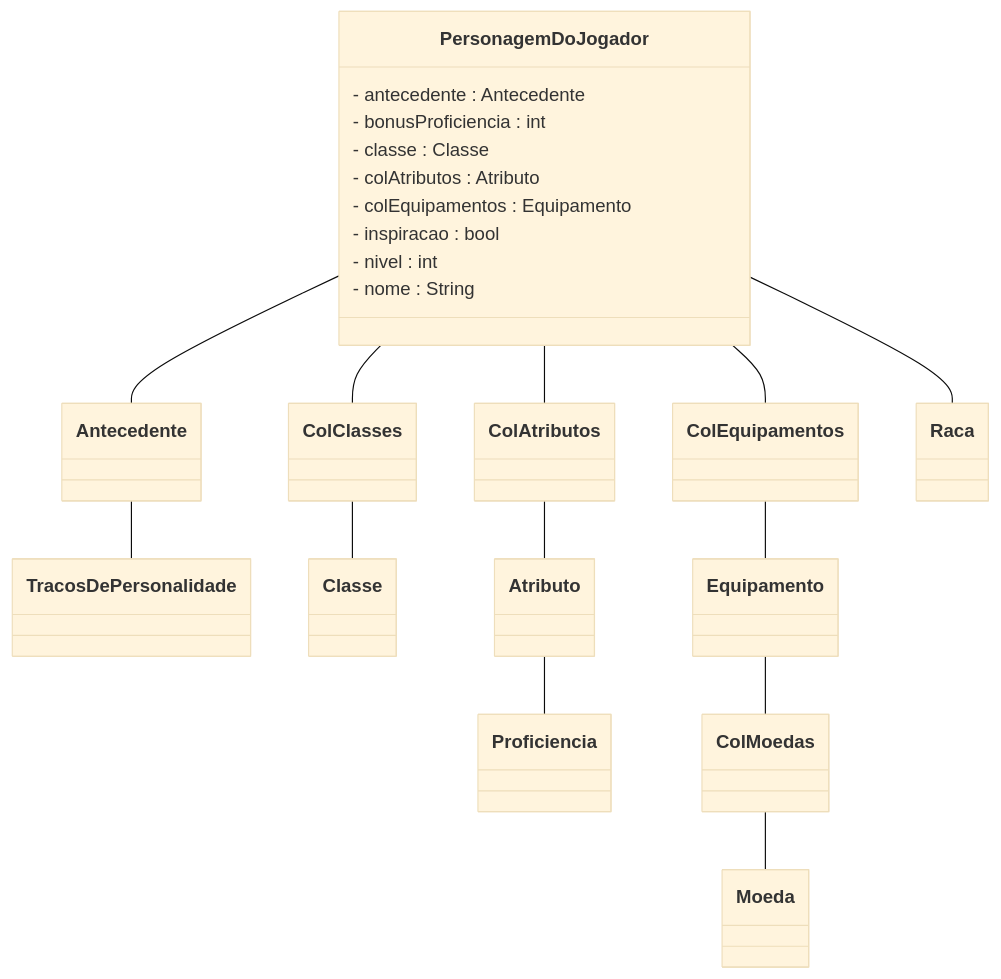
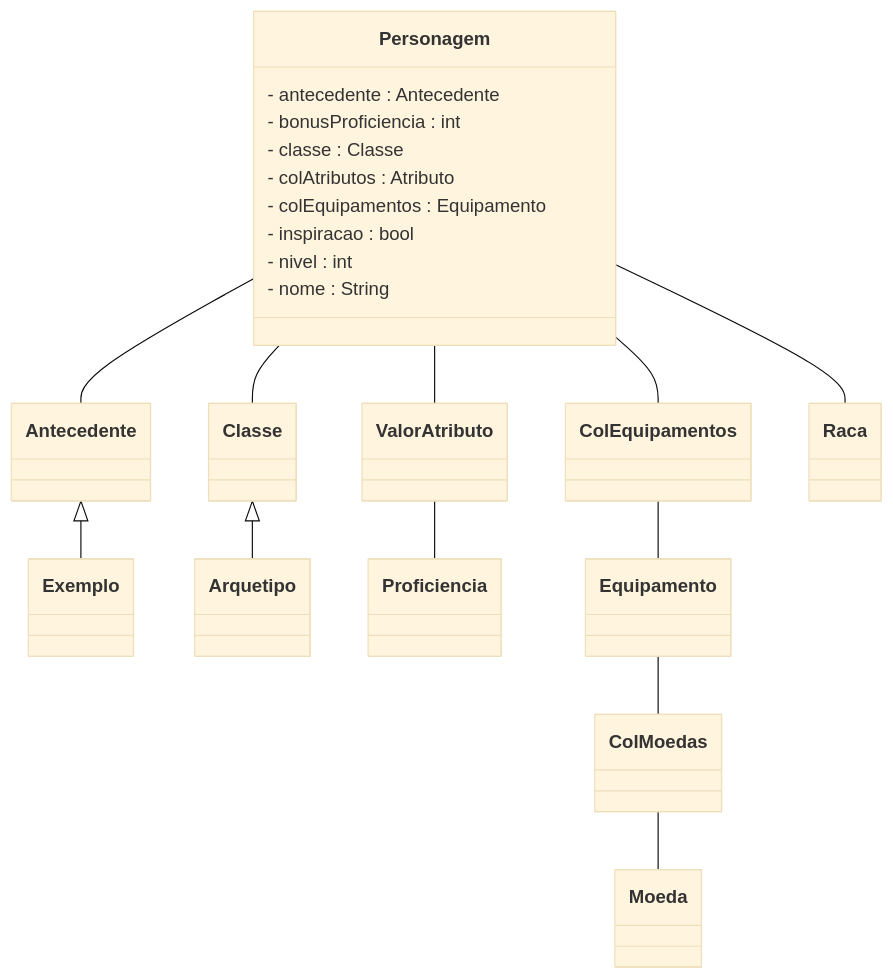
One commit to SirGanB/nio-website changed the diagram in docs/generator/personagem.md. Above: the diagram before and after it, drawn with Mermaid (base theme). The commit also changed 8 other files, not shown here.

````diff
--- a/docs/generator/personagem.md
+++ b/docs/generator/personagem.md
@@ -26,26 +26,25 @@
 ```mermaid
 classDiagram
-  PersonagemDoJogador -- Antecedente
-  Antecedente -- TracosDePersonalidade
-  PersonagemDoJogador -- ColClasses
-  ColClasses -- Classe
-  PersonagemDoJogador -- ColAtributos
-  ColAtributos -- Atributo
-  Atributo -- Proficiencia
-  PersonagemDoJogador -- ColEquipamentos
+  Personagem -- Antecedente
+  Antecedente <|-- Exemplo
+  Personagem -- Classe
+  Classe <|-- Arquetipo
+  Personagem -- ValorAtributo
+  ValorAtributo -- Proficiencia
+  Personagem -- ColEquipamentos
   ColEquipamentos -- Equipamento
   Equipamento -- ColMoedas
   ColMoedas -- Moeda
-  PersonagemDoJogador -- Raca
+  Personagem -- Raca
 
-  class PersonagemDoJogador {
+  class Personagem {
   - antecedente : Antecedente
   - bonusProficiencia : int
   - classe : Classe
   - colAtributos : Atributo
   - colEquipamentos : Equipamento
   - inspiracao : bool
   - nivel : int
   - nome : String
 }
 ```
````
